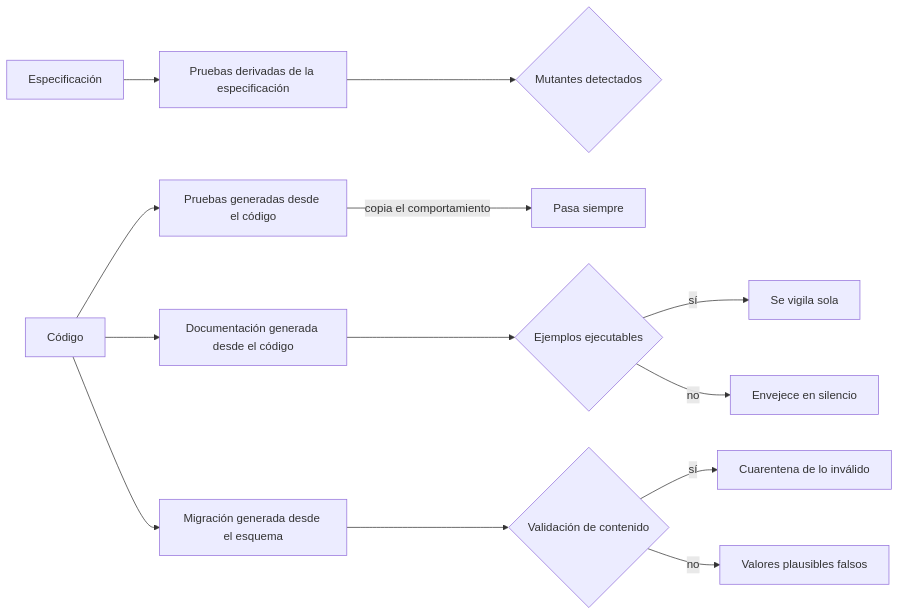
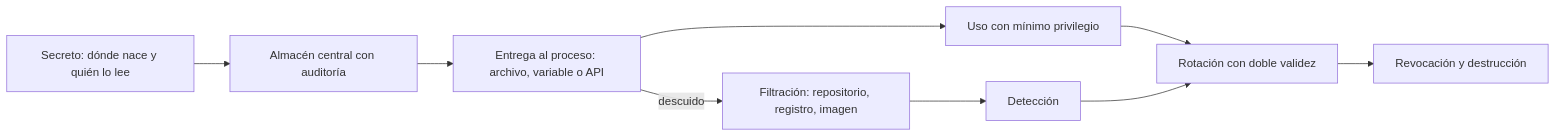
Before and after one commit to vladimiracunadev-create/modern-software-engineering-program: the diagram in content/part-38/SE-462.md, drawn with Mermaid. The commit also changed other lines of this file and 5193 other files, not shown here.

````diff
--- a/content/part-38/SE-462.md
+++ b/content/part-38/SE-462.md
@@ -56,15 +56,11 @@
 ```mermaid
 flowchart LR
-    A[Código] --> B[Pruebas generadas desde el código]
-    A --> C[Documentación generada desde el código]
-    A --> D[Migración generada desde el esquema]
-    E[Especificación] --> F[Pruebas derivadas de la especificación]
-    B -->|copia el comportamiento| G[Pasa siempre]
-    F --> H{Mutantes detectados}
-    C --> I{Ejemplos ejecutables}
-    I -->|sí| J[Se vigila sola]
-    I -->|no| K[Envejece en silencio]
-    D --> L{Validación de contenido}
-    L -->|sí| M[Cuarentena de lo inválido]
-    L -->|no| N[Valores plausibles falsos]
+    A[Secreto: dónde nace y quién lo lee] --> B[Almacén central con auditoría]
+    B --> C[Entrega al proceso: archivo, variable o API]
+    C --> D[Uso con mínimo privilegio]
+    D --> E[Rotación con doble validez]
+    E --> F[Revocación y destrucción]
+    C -->|descuido| G[Filtración: repositorio, registro, imagen]
+    G --> H[Detección]
+    H --> E
 ```
````
